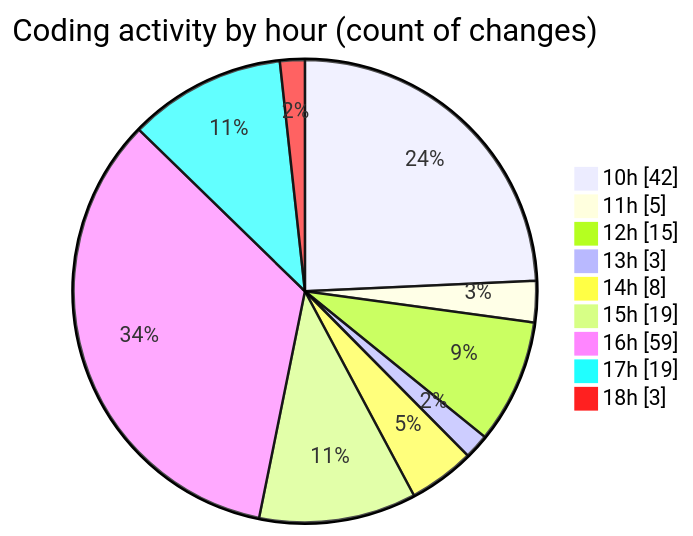
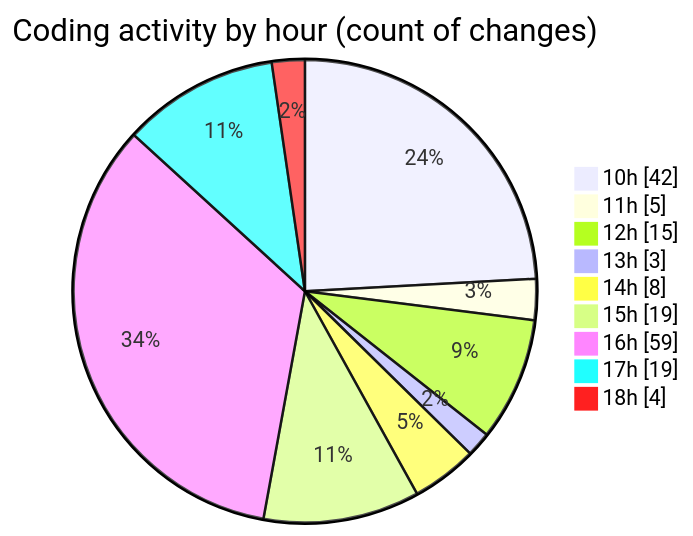
One commit to nxtqubesakshisongat/code-tracking changed the second of 2 diagrams in 2025-08-04/nxtqube_webapp/README.md. Above: the diagram before and after it, drawn with Mermaid. The commit also changed other lines of this file and 1 other file, not shown here.

````diff
--- a/2025-08-04/nxtqube_webapp/README.md
+++ b/2025-08-04/nxtqube_webapp/README.md
@@ -53,13 +53,13 @@
 ```mermaid
 pie showData
 title Coding activity by hour (count of changes)
 "10h" : 42
 "11h" : 5
 "12h" : 15
 "13h" : 3
 "14h" : 8
 "15h" : 19
 "16h" : 59
 "17h" : 19
-"18h" : 3
+"18h" : 4
 ```
````
